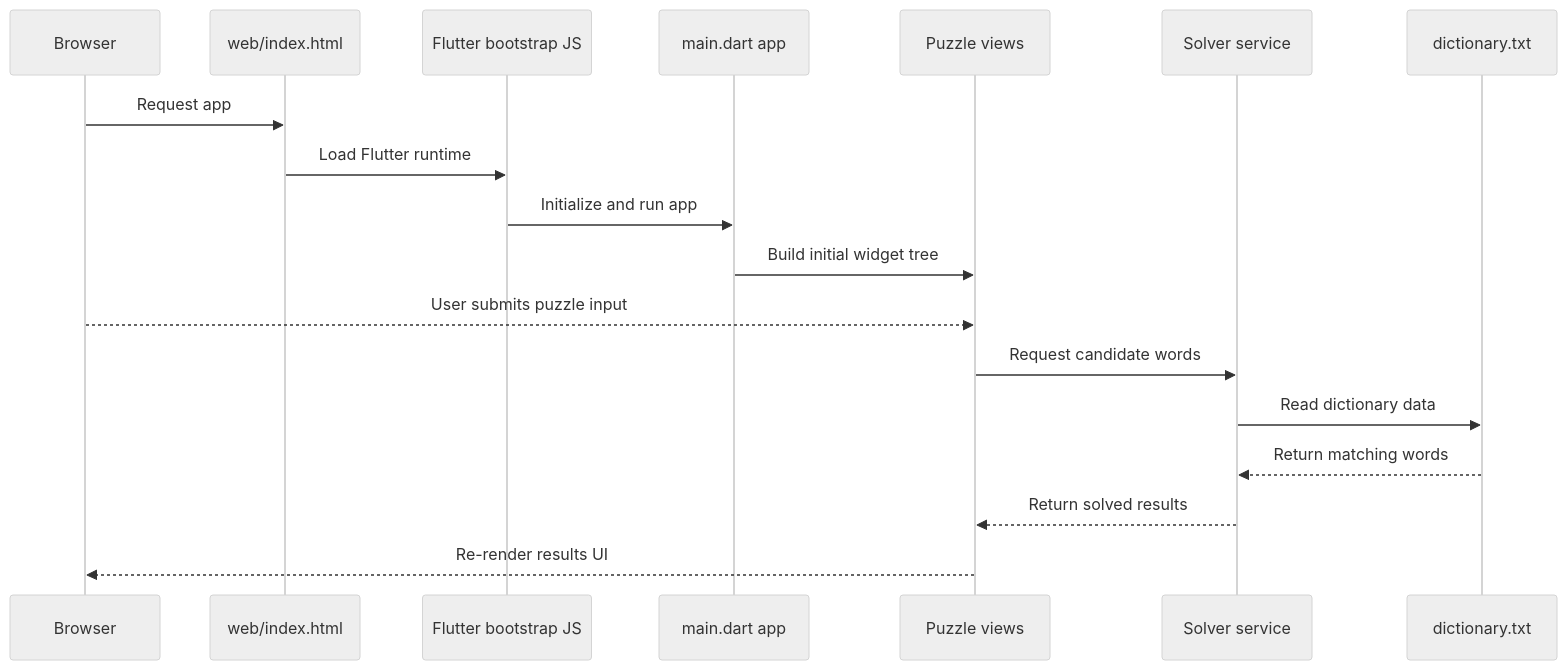
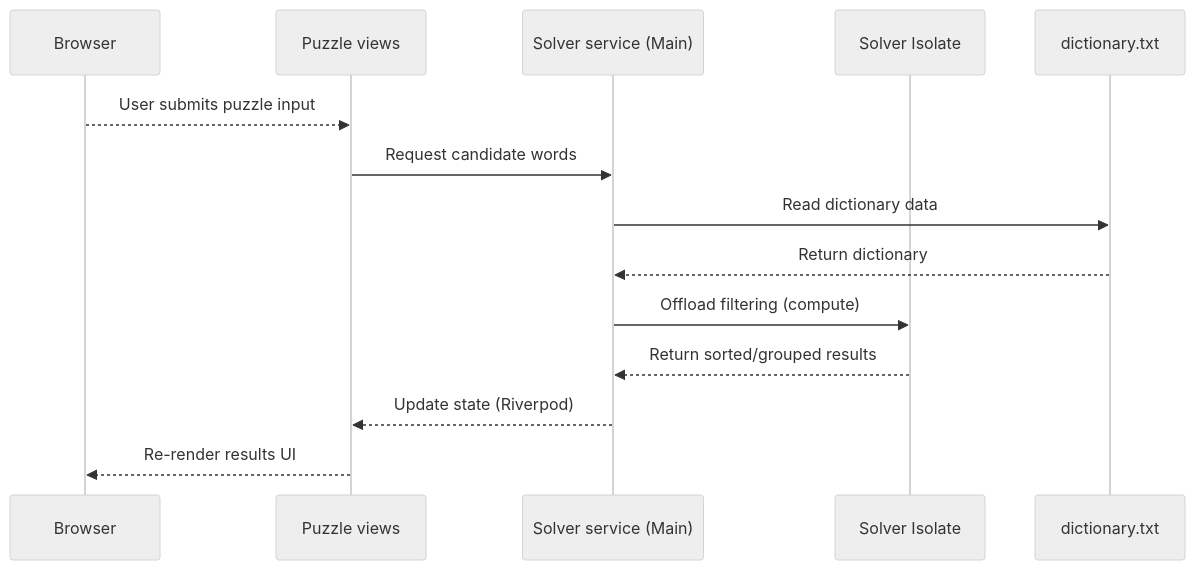
The second of 2 diagrams in README.md (frankhjung/flutter-wordpuzzle), drawn with Mermaid (neutral theme) before and after one commit. The commit also changed other lines of this file and 8 other files, not shown here.

````diff
--- a/README.md
+++ b/README.md
@@ -36,21 +36,17 @@
 ```mermaid
 sequenceDiagram
   participant B as Browser
-  participant I as web/index.html
-  participant JS as Flutter bootstrap JS
-  participant A as main.dart app
   participant V as Puzzle views
-  participant SV as Solver service
+  participant SV as Solver service (Main)
+  participant SI as Solver Isolate
   participant DI as dictionary.txt
 
-  B->>I: Request app
-  I->>JS: Load Flutter runtime
-  JS->>A: Initialize and run app
-  A->>V: Build initial widget tree
   B-->>V: User submits puzzle input
   V->>SV: Request candidate words
   SV->>DI: Read dictionary data
-  DI-->>SV: Return matching words
-  SV-->>V: Return solved results
+  DI-->>SV: Return dictionary
+  SV->>SI: Offload filtering (compute)
+  SI-->>SV: Return sorted/grouped results
+  SV-->>V: Update state (Riverpod)
   V-->>B: Re-render results UI
 ```
````
